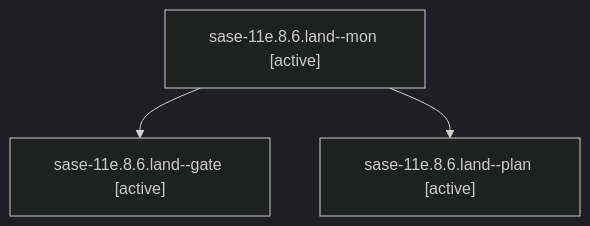
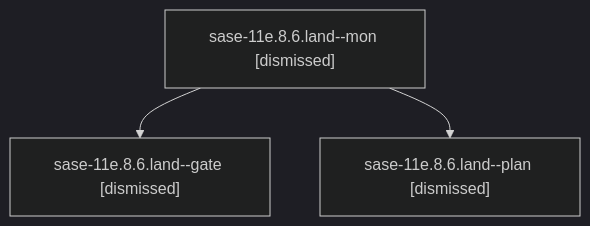
One commit to sase-org/sase--agents changed the diagram in sessions/bbugyi200.athena.sase-11e.8.6.land.md. Above: the diagram before and after it, drawn with Mermaid (dark theme). The commit also changed other lines of this file and 199 other files, not shown here.

````diff
--- a/sessions/bbugyi200.athena.sase-11e.8.6.land.md
+++ b/sessions/bbugyi200.athena.sase-11e.8.6.land.md
@@ -9,8 +9,8 @@
 ```mermaid
 flowchart TD
-  n0["sase-11e.8.6.land--mon [active]"]
-  n1["sase-11e.8.6.land--gate [active]"]
+  n0["sase-11e.8.6.land--mon [dismissed]"]
+  n1["sase-11e.8.6.land--gate [dismissed]"]
   n0 --> n1
-  n2["sase-11e.8.6.land--plan [active]"]
+  n2["sase-11e.8.6.land--plan [dismissed]"]
   n0 --> n2
 ```
````
